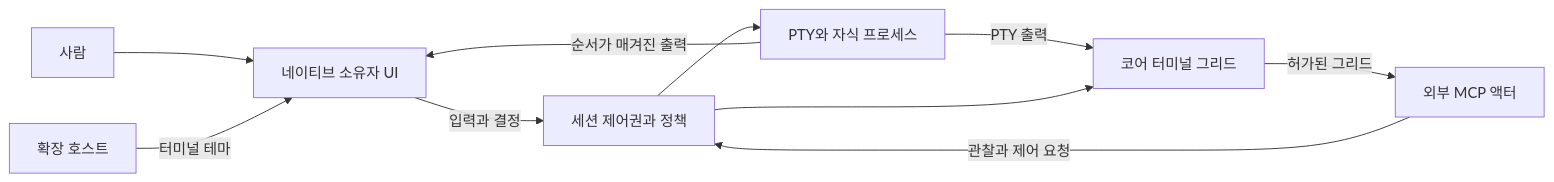
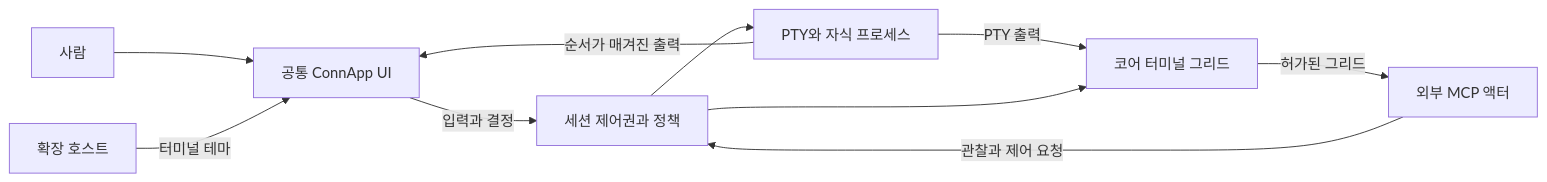
Before and after one commit to eggp-dev/conn: the diagram in docs/architecture.ko.md, drawn with Mermaid. The commit also changed other lines of this file and 231 other files, not shown here.

````diff
--- a/docs/architecture.ko.md
+++ b/docs/architecture.ko.md
@@ -5,12 +8,12 @@
 ```mermaid
 flowchart LR
-  H[사람] --> U[네이티브 소유자 UI]
+  H[사람] --> U[공통 ConnApp UI]
   U -->|입력과 결정| S[세션 제어권과 정책]
   S --> P[PTY와 자식 프로세스]
   P -->|순서가 매겨진 출력| U
   P -->|PTY 출력| F[코어 터미널 그리드]
   A[외부 MCP 액터] -->|관찰과 제어 요청| S
   S --> F
   F -->|허가된 그리드| A
   E[확장 호스트] -->|터미널 테마| U
 ```
````
